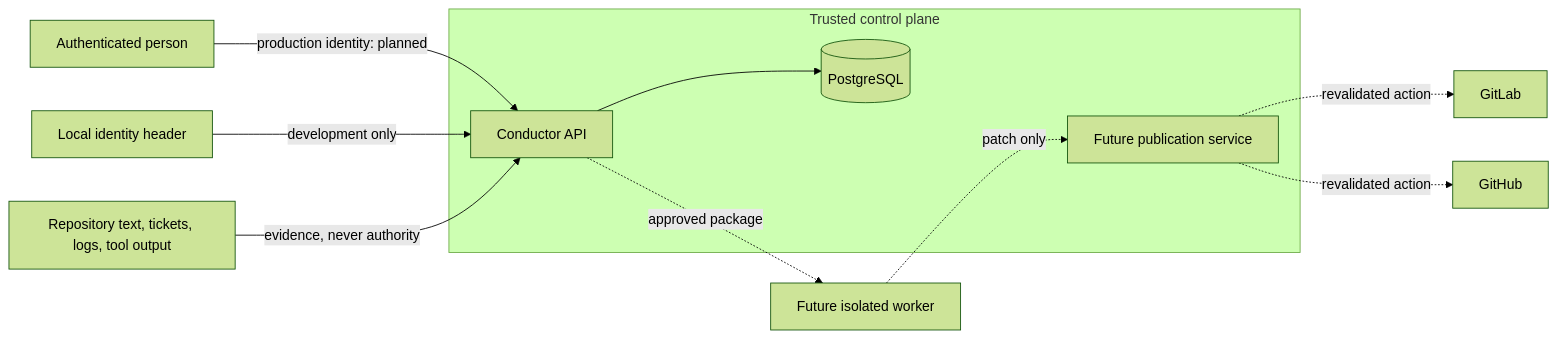
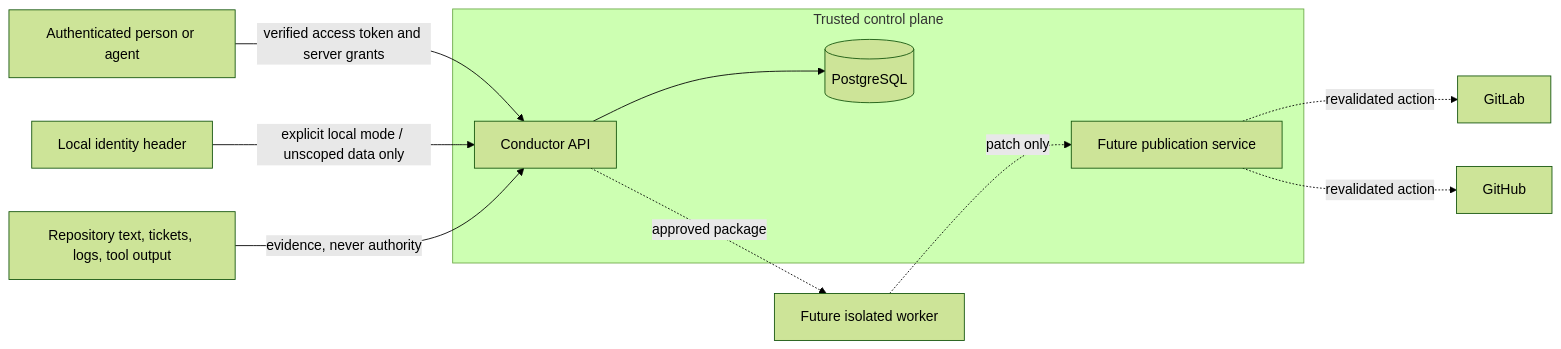
One commit to phenixrizen/conductor changed the third of 4 diagrams in docs/architecture/system.md. Above: the diagram before and after it, drawn with Mermaid (forest theme). The commit also changed other lines of this file and 15 other files, not shown here.

````diff
--- a/docs/architecture/system.md
+++ b/docs/architecture/system.md
@@ -102,27 +109,27 @@
 ```mermaid
 flowchart LR
-    User[Authenticated person]
+    User[Authenticated person or agent]
     LocalHeader[Local identity header]
     API[Conductor API]
     DB[(PostgreSQL)]
     Untrusted[Repository text, tickets, logs, tool output]
     Worker[Future isolated worker]
     Publisher[Future publication service]
     GitHubDelivery[GitHub]
     GitLab[GitLab]
 
-    User -->|production identity: planned| API
-    LocalHeader -->|development only| API
+    User -->|verified access token and server grants| API
+    LocalHeader -->|explicit local mode / unscoped data only| API
     API --> DB
     Untrusted -->|evidence, never authority| API
     API -. approved package .-> Worker
     Worker -. patch only .-> Publisher
     Publisher -. revalidated action .-> GitLab
     Publisher -. revalidated action .-> GitHubDelivery
 
     subgraph TrustedControl[Trusted control plane]
         API
         DB
         Publisher
     end
 ```
````
